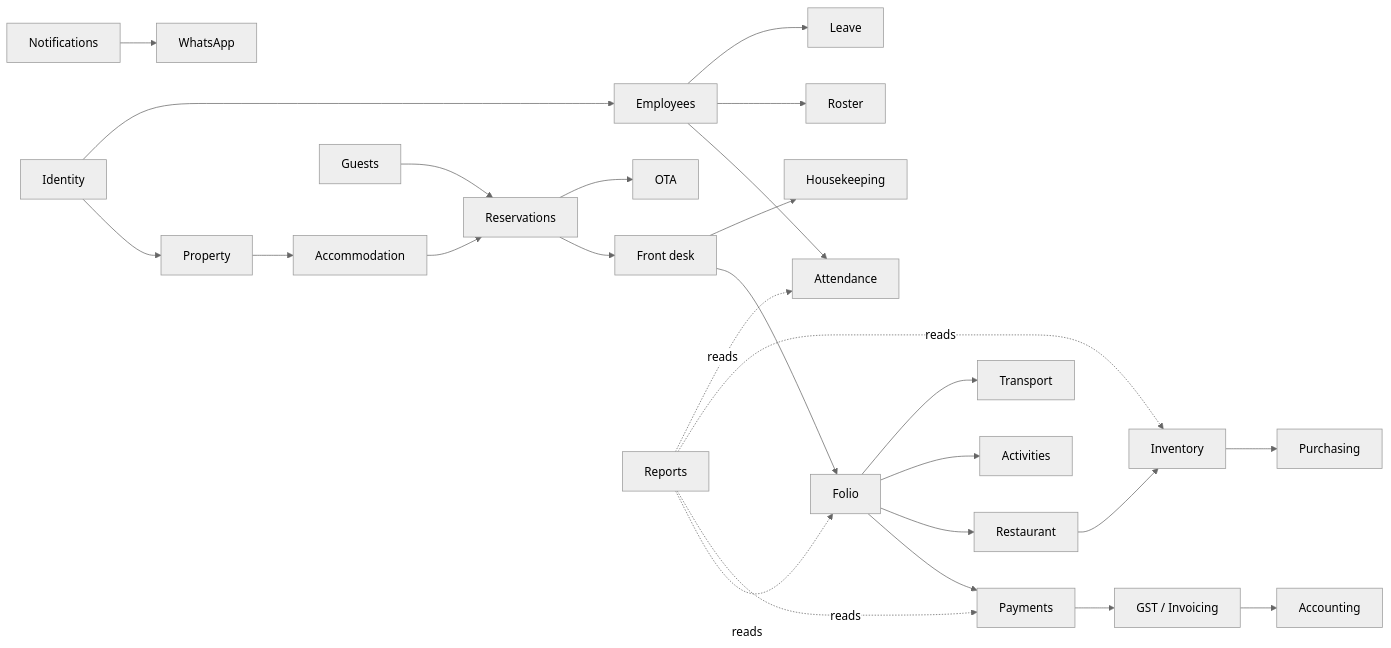
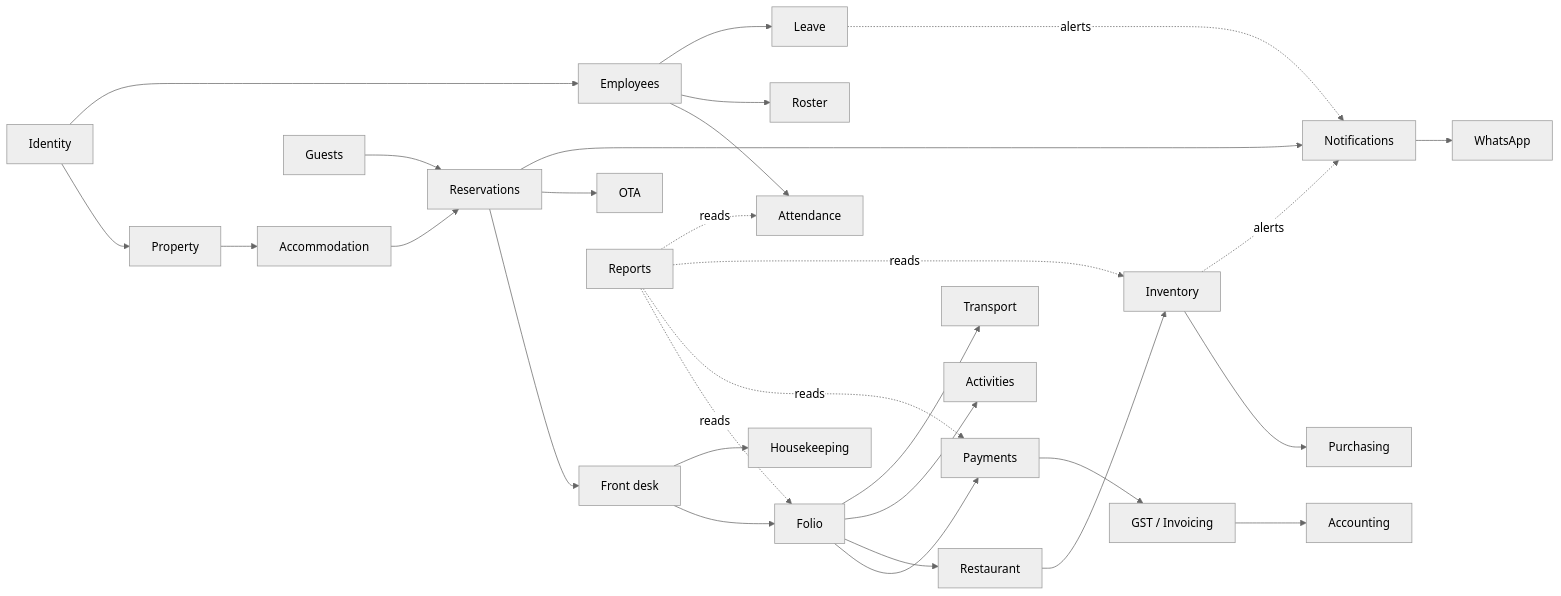
One commit to Prathamesh27702/resort-os changed the third of 3 diagrams in docs/ARCHITECTURE.md. Above: the diagram before and after it, drawn with Mermaid (neutral theme). The commit also changed other lines of this file and 15 other files, not shown here.

First line of the commit message:
Sprint 24: docs (WHATSAPP, API, schema, system design 4.34 with the message diagram, run and review scripts, changelog), API and database checks

````diff
--- a/docs/ARCHITECTURE.md
+++ b/docs/ARCHITECTURE.md
@@ -139,16 +139,17 @@
 ```mermaid
 flowchart LR
   Identity --> Property
   Property --> Accommodation --> Reservations
   Guests --> Reservations
   Reservations --> FrontDesk[Front desk] --> Folio
   Folio --> Payments --> Invoicing[GST / Invoicing]
   Folio --> Restaurant --> Inventory --> Purchasing
   Folio --> Activities & Transport
   FrontDesk --> Housekeeping
   Identity --> Employees --> Attendance & Roster & Leave
   Invoicing --> Accounting
   Reservations --> OTA
-  Notifications --> WhatsApp
+  Reservations --> Notifications --> WhatsApp
+  Inventory & Leave -.alerts.-> Notifications
   Reports -.reads.-> Folio & Payments & Inventory & Attendance
 ```
````
